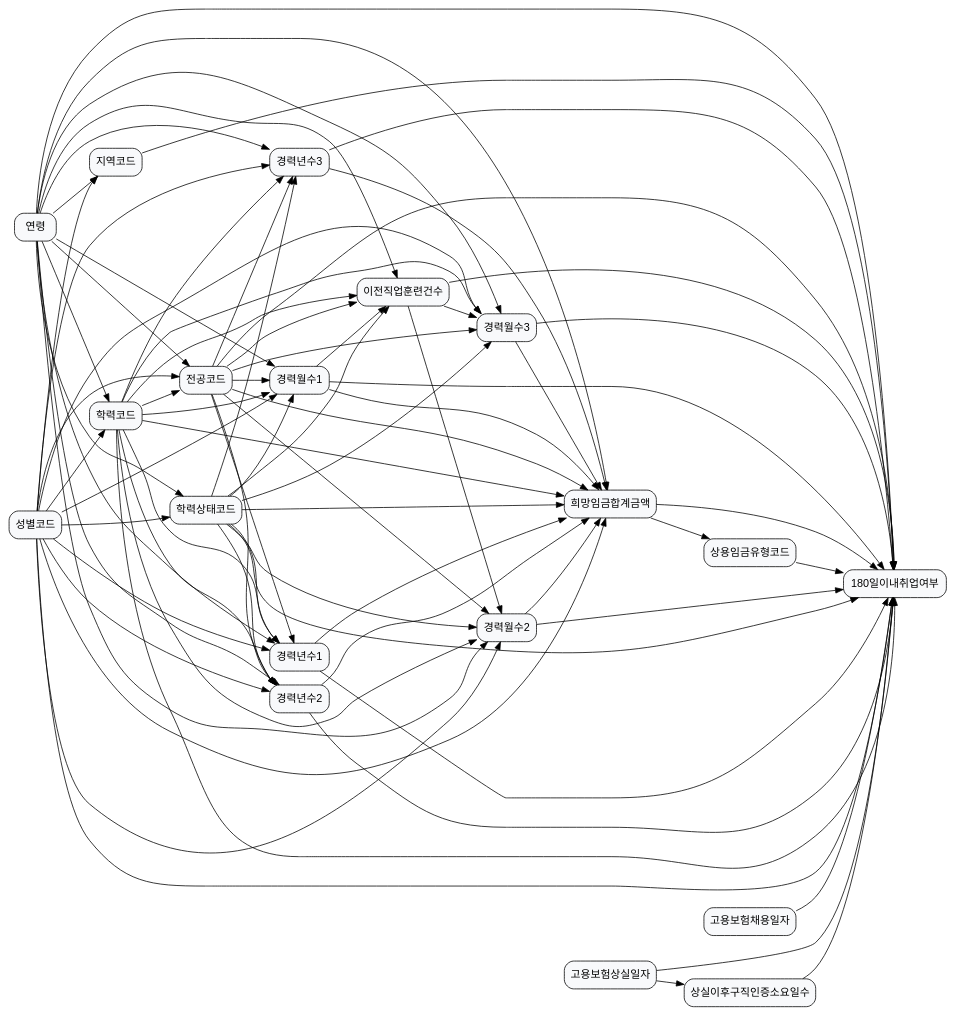
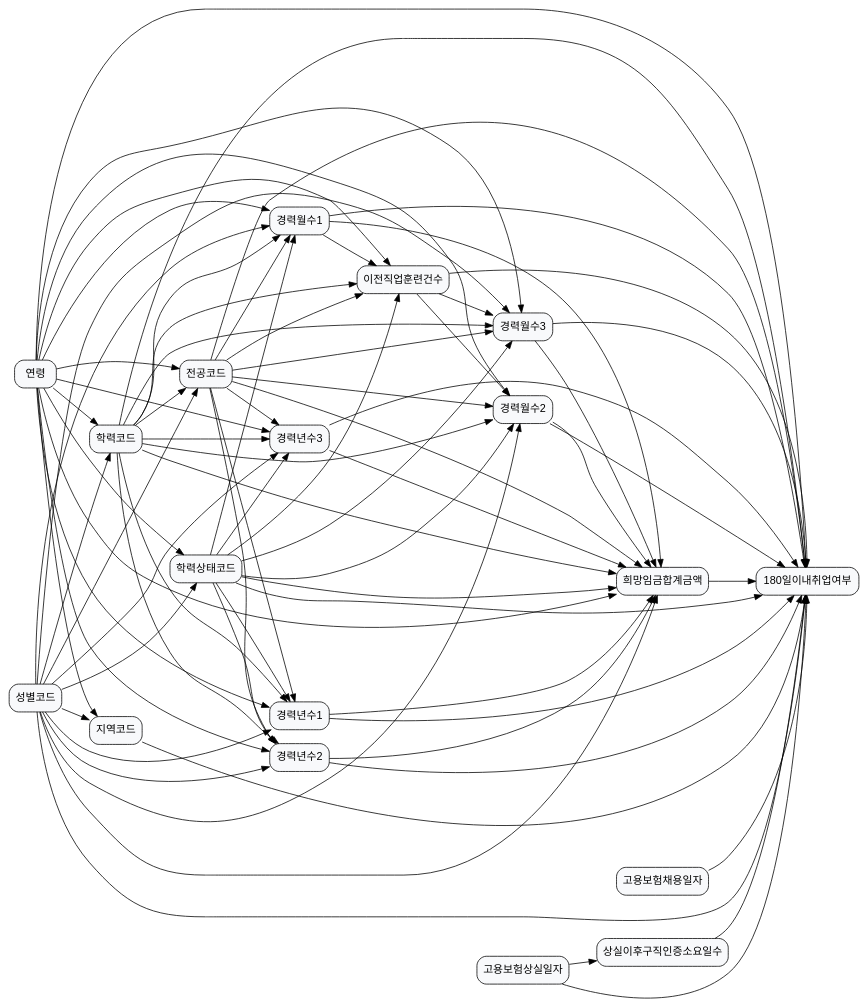
One commit to KU-LIM-Lab/dowhy-deep changed the diagram in laborlab_2/data/graph_data/graph_31.dot. Above: the diagram before and after it, drawn with Graphviz. The commit also changed 17 other files, not shown here.

Commit message:
delete JO_DRNG_RATE, LAST_JSCD, COMM_WAGE_TYCD

```diff
--- a/laborlab_2/data/graph_data/graph_31.dot
+++ b/laborlab_2/data/graph_data/graph_31.dot
@@ -1,122 +1,118 @@
 digraph G {
 	graph [rankdir=LR];
 	node [fillcolor="#F8F9FB",
 		fontname=Helvetica,
 		shape=box
 	];
 	ACCR_CD	[label=학력코드,
 		style="rounded,filled"];
 	ACQ_180_YN	[label="180일이내취업여부",
 		style="rounded,filled"];
 	ACCR_CD -> ACQ_180_YN;
 	BFR_OCTR_CT	[label=이전직업훈련건수,
 		style="rounded,filled"];
 	ACCR_CD -> BFR_OCTR_CT;
 	CARR_MYCT1	[label=경력월수1,
 		style="rounded,filled"];
 	ACCR_CD -> CARR_MYCT1;
 	CARR_MYCT2	[label=경력월수2,
 		style="rounded,filled"];
 	ACCR_CD -> CARR_MYCT2;
 	CARR_MYCT3	[label=경력월수3,
 		style="rounded,filled"];
 	ACCR_CD -> CARR_MYCT3;
 	CYC1	[label=경력년수1,
 		style="rounded,filled"];
 	ACCR_CD -> CYC1;
 	CYC2	[label=경력년수2,
 		style="rounded,filled"];
 	ACCR_CD -> CYC2;
 	CYC3	[label=경력년수3,
 		style="rounded,filled"];
 	ACCR_CD -> CYC3;
 	HOPE_WAGE_SM_AMT	[label=희망임금합계금액,
 		style="rounded,filled"];
 	ACCR_CD -> HOPE_WAGE_SM_AMT;
 	MAJR_CD1	[label=전공코드,
 		style="rounded,filled"];
 	ACCR_CD -> MAJR_CD1;
 	BFR_OCTR_CT -> ACQ_180_YN;
 	BFR_OCTR_CT -> CARR_MYCT2;
 	BFR_OCTR_CT -> CARR_MYCT3;
 	CARR_MYCT1 -> ACQ_180_YN;
 	CARR_MYCT1 -> BFR_OCTR_CT;
 	CARR_MYCT1 -> HOPE_WAGE_SM_AMT;
 	CARR_MYCT2 -> ACQ_180_YN;
 	CARR_MYCT2 -> HOPE_WAGE_SM_AMT;
 	CARR_MYCT3 -> ACQ_180_YN;
 	CARR_MYCT3 -> HOPE_WAGE_SM_AMT;
 	CYC1 -> ACQ_180_YN;
 	CYC1 -> HOPE_WAGE_SM_AMT;
 	CYC2 -> ACQ_180_YN;
 	CYC2 -> HOPE_WAGE_SM_AMT;
 	CYC3 -> ACQ_180_YN;
 	CYC3 -> HOPE_WAGE_SM_AMT;
 	HOPE_WAGE_SM_AMT -> ACQ_180_YN;
-	COMM_WAGE_TYCD	[label=상용임금유형코드,
-		style="rounded,filled"];
-	HOPE_WAGE_SM_AMT -> COMM_WAGE_TYCD;
 	MAJR_CD1 -> ACQ_180_YN;
 	MAJR_CD1 -> BFR_OCTR_CT;
 	MAJR_CD1 -> CARR_MYCT1;
 	MAJR_CD1 -> CARR_MYCT2;
 	MAJR_CD1 -> CARR_MYCT3;
 	MAJR_CD1 -> CYC1;
 	MAJR_CD1 -> CYC2;
 	MAJR_CD1 -> CYC3;
 	MAJR_CD1 -> HOPE_WAGE_SM_AMT;
 	ACCR_STCD	[label=학력상태코드,
 		style="rounded,filled"];
 	ACCR_STCD -> ACQ_180_YN;
 	ACCR_STCD -> BFR_OCTR_CT;
 	ACCR_STCD -> CARR_MYCT1;
 	ACCR_STCD -> CARR_MYCT2;
 	ACCR_STCD -> CARR_MYCT3;
 	ACCR_STCD -> CYC1;
 	ACCR_STCD -> CYC2;
 	ACCR_STCD -> CYC3;
 	ACCR_STCD -> HOPE_WAGE_SM_AMT;
 	AGE	[label=연령,
 		style="rounded,filled"];
 	AGE -> ACCR_CD;
 	AGE -> ACQ_180_YN;
 	AGE -> BFR_OCTR_CT;
 	AGE -> CARR_MYCT1;
 	AGE -> CARR_MYCT2;
 	AGE -> CARR_MYCT3;
 	AGE -> CYC1;
 	AGE -> CYC2;
 	AGE -> CYC3;
 	AGE -> HOPE_WAGE_SM_AMT;
 	AGE -> MAJR_CD1;
 	AGE -> ACCR_STCD;
 	AREA_CD	[label=지역코드,
 		style="rounded,filled"];
 	AGE -> AREA_CD;
 	AREA_CD -> ACQ_180_YN;
-	COMM_WAGE_TYCD -> ACQ_180_YN;
 	EMPN_DE	[label=고용보험채용일자,
 		style="rounded,filled"];
 	EMPN_DE -> ACQ_180_YN;
 	FRFT_AFTR_JHNT_REQR_DYCT	[label=상실이후구직인증소요일수,
 		style="rounded,filled"];
 	FRFT_AFTR_JHNT_REQR_DYCT -> ACQ_180_YN;
 	LAST_FRFT_DE	[label=고용보험상실일자,
 		style="rounded,filled"];
 	LAST_FRFT_DE -> ACQ_180_YN;
 	LAST_FRFT_DE -> FRFT_AFTR_JHNT_REQR_DYCT;
 	SXDS_CD	[label=성별코드,
 		style="rounded,filled"];
 	SXDS_CD -> ACCR_CD;
 	SXDS_CD -> ACQ_180_YN;
 	SXDS_CD -> CARR_MYCT1;
 	SXDS_CD -> CARR_MYCT2;
 	SXDS_CD -> CARR_MYCT3;
 	SXDS_CD -> CYC1;
 	SXDS_CD -> CYC2;
 	SXDS_CD -> CYC3;
 	SXDS_CD -> HOPE_WAGE_SM_AMT;
 	SXDS_CD -> MAJR_CD1;
 	SXDS_CD -> ACCR_STCD;
 	SXDS_CD -> AREA_CD;
 }
```
